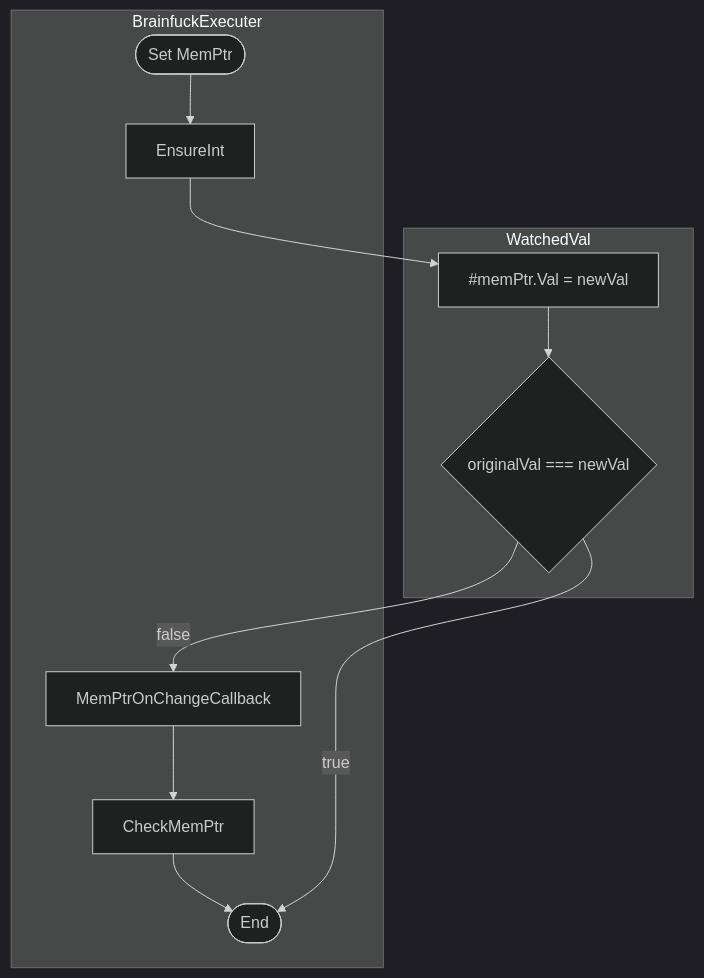
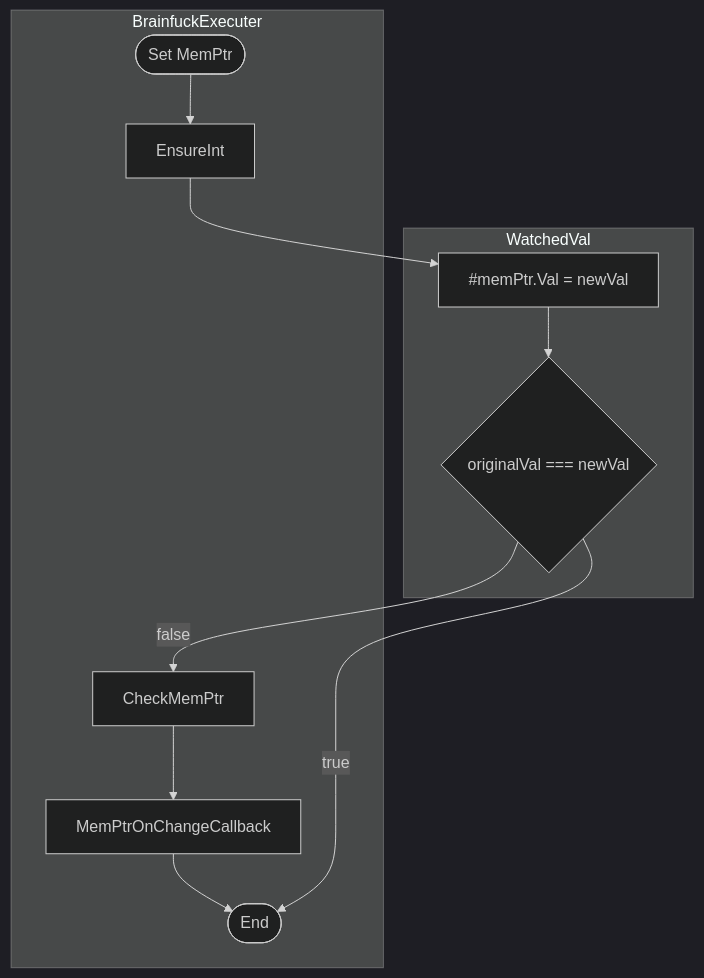
The seventh of 46 diagrams in Classes_Info/BrainfuckExecuter.md (BCS21090011/BrainFucker), drawn with Mermaid (dark theme) before and after one commit. The commit also changed other lines of this file and 3 other files, not shown here.

Commit message:
Altered how memPtr is checked in range in BrainfuckExecuter.

````diff
--- a/Classes_Info/BrainfuckExecuter.md
+++ b/Classes_Info/BrainfuckExecuter.md
@@ -337,34 +337,34 @@
     ```mermaid
     flowchart TD
 
     subgraph WatchedVal
         SetMemPtr[#memPtr.Val = newVal]
         WatchedValCheckSameVal{originalVal === newVal}
     end
 
     subgraph BrainfuckExecuter
         Start([Set MemPtr])
         EnsureInt
         MemPtrOnChangeCallback
         CheckMemPtr
         End([End])
     end
 
     Start
     -->
     EnsureInt
     -->
     SetMemPtr
     -->
     WatchedValCheckSameVal
     --false-->
+    CheckMemPtr
+    -->
     MemPtrOnChangeCallback
-    -->
-    CheckMemPtr
     -->
     End
     
     WatchedValCheckSameVal
     --true-->
     End
     ```
````
